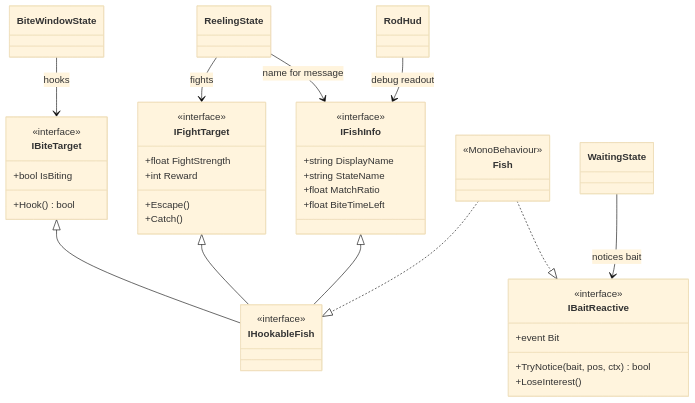
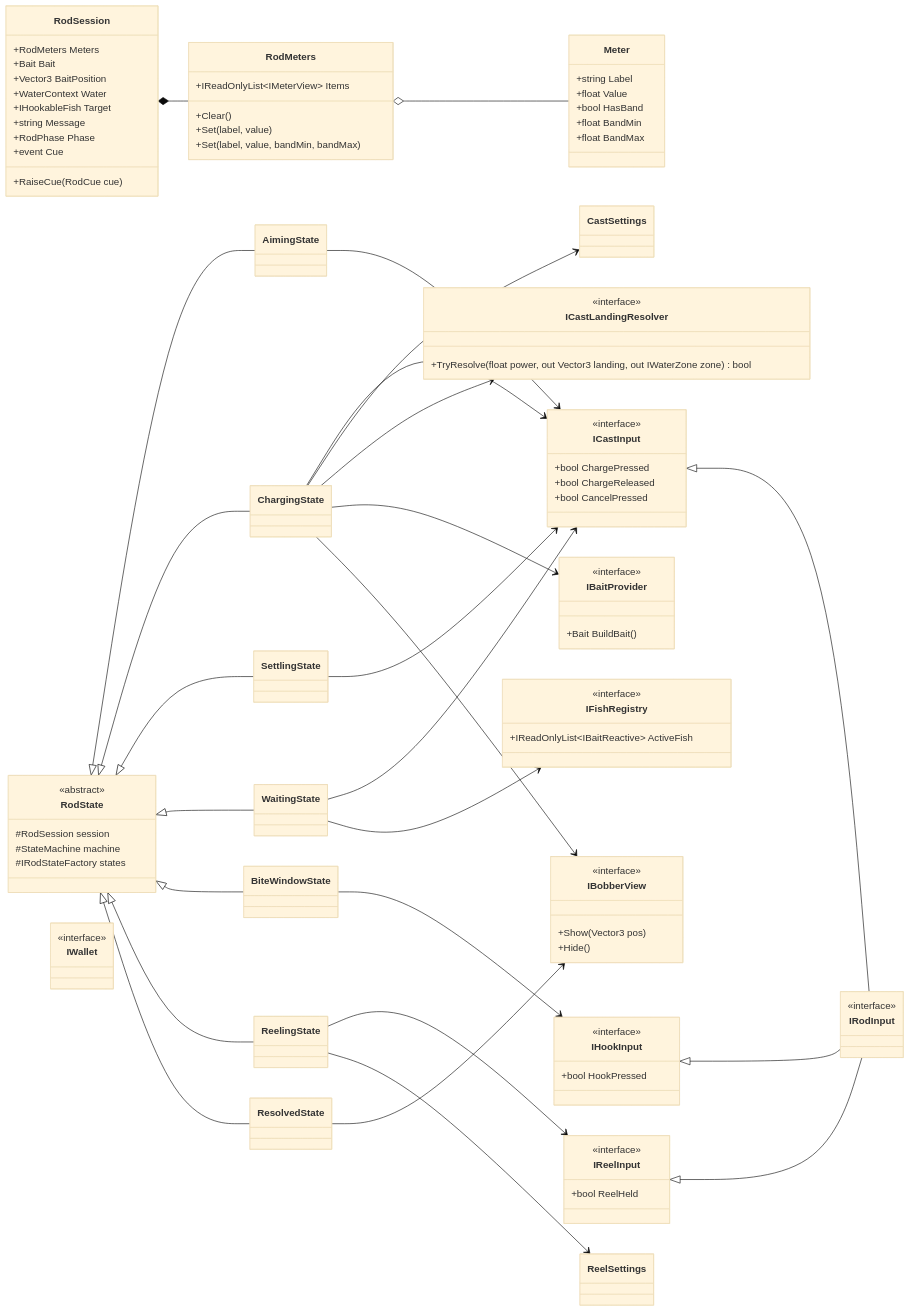
Before and after one commit to ZEENCL/tidebook: the sixth of 9 diagrams in DevNotes/UML-Diagram.md, drawn with Mermaid (base theme). The commit also changed other lines of this file and 3 other files, not shown here.

Commit message:
Added README, LICENSE, Updated UML Diagrams

````diff
--- a/DevNotes/UML-Diagram.md
+++ b/DevNotes/UML-Diagram.md
@@ -365,52 +567,124 @@
 ```mermaid
 classDiagram
-    direction TB
+    direction LR
 
-    class IBaitReactive {
-        <<interface>>
-        +event Bit
-        +TryNotice(bait, pos, ctx) bool
-        +LoseInterest()
+    class RodState {
+        <<abstract>>
+        #RodSession session
+        #StateMachine machine
+        #IRodStateFactory states
     }
-    class IBiteTarget {
-        <<interface>>
-        +bool IsBiting
-        +Hook() bool
-    }
-    class IFightTarget {
-        <<interface>>
-        +float FightStrength
-        +int Reward
-        +Escape()
-        +Catch()
-    }
-    class IFishInfo {
-        <<interface>>
-        +string DisplayName
-        +string StateName
-        +float MatchRatio
-        +float BiteTimeLeft
-    }
-    class IHookableFish {
-        <<interface>>
-    }
-    class Fish {
-        <<MonoBehaviour>>
-    }
+
+    class AimingState
+    class ChargingState
+    class SettlingState
     class WaitingState
     class BiteWindowState
     class ReelingState
-    class RodHud
+    class ResolvedState
 
-    IBiteTarget <|-- IHookableFish
-    IFightTarget <|-- IHookableFish
-    IFishInfo <|-- IHookableFish
-    Fish ..|> IBaitReactive
-    Fish ..|> IHookableFish
+    class RodSession {
+        +RodMeters Meters
+        +Bait Bait
+        +Vector3 BaitPosition
+        +WaterContext Water
+        +IHookableFish Target
+        +string Message
+        +RodPhase Phase
+        +event Cue
+        +RaiseCue(RodCue cue)
+    }
 
-    WaitingState --> IBaitReactive : notices bait
-    BiteWindowState --> IBiteTarget : hooks
-    ReelingState --> IFightTarget : fights
-    ReelingState --> IFishInfo : name for message
-    RodHud --> IFishInfo : debug readout
+    class RodMeters {
+        +IReadOnlyList~IMeterView~ Items
+        +Clear()
+        +Set(label, value)
+        +Set(label, value, bandMin, bandMax)
+    }
+
+    class Meter {
+        +string Label
+        +float Value
+        +bool HasBand
+        +float BandMin
+        +float BandMax
+    }
+
+    class IRodInput {
+        <<interface>>
+    }
+
+    class ICastInput {
+        <<interface>>
+        +bool ChargePressed
+        +bool ChargeReleased
+        +bool CancelPressed
+    }
+
+    class IHookInput {
+        <<interface>>
+        +bool HookPressed
+    }
+
+    class IReelInput {
+        <<interface>>
+        +bool ReelHeld
+    }
+
+    class ICastLandingResolver {
+        <<interface>>
+        +TryResolve(float power, out Vector3 landing, out IWaterZone zone) bool
+    }
+
+    class IBaitProvider {
+        <<interface>>
+        +Bait BuildBait()
+    }
+
+    class IBobberView {
+        <<interface>>
+        +Show(Vector3 pos)
+        +Hide()
+    }
+
+    class IFishRegistry {
+        <<interface>>
+        +IReadOnlyList~IBaitReactive~ ActiveFish
+    }
+
+    class IWallet {
+        <<interface>>
+    }
+
+    class CastSettings
+    class ReelSettings
+
+    RodState <|-- AimingState
+    RodState <|-- ChargingState
+    RodState <|-- SettlingState
+    RodState <|-- WaitingState
+    RodState <|-- BiteWindowState
+    RodState <|-- ReelingState
+    RodState <|-- ResolvedState
+
+    ICastInput <|-- IRodInput
+    IHookInput <|-- IRodInput
+    IReelInput <|-- IRodInput
+
+    RodSession *-- RodMeters
+    RodMeters o-- Meter
+
+    AimingState --> ICastInput
+    ChargingState --> ICastInput
+    ChargingState --> CastSettings
+    ChargingState --> ICastLandingResolver
+    ChargingState --> IBaitProvider
+    ChargingState --> IBobberView
+    SettlingState --> ICastInput
+    WaitingState --> ICastInput
+    WaitingState --> IFishRegistry
+    BiteWindowState --> IHookInput
+    ReelingState --> IReelInput
+    ReelingState --> ReelSettings
+    ResolvedState --> IBobberView
 ```
````
